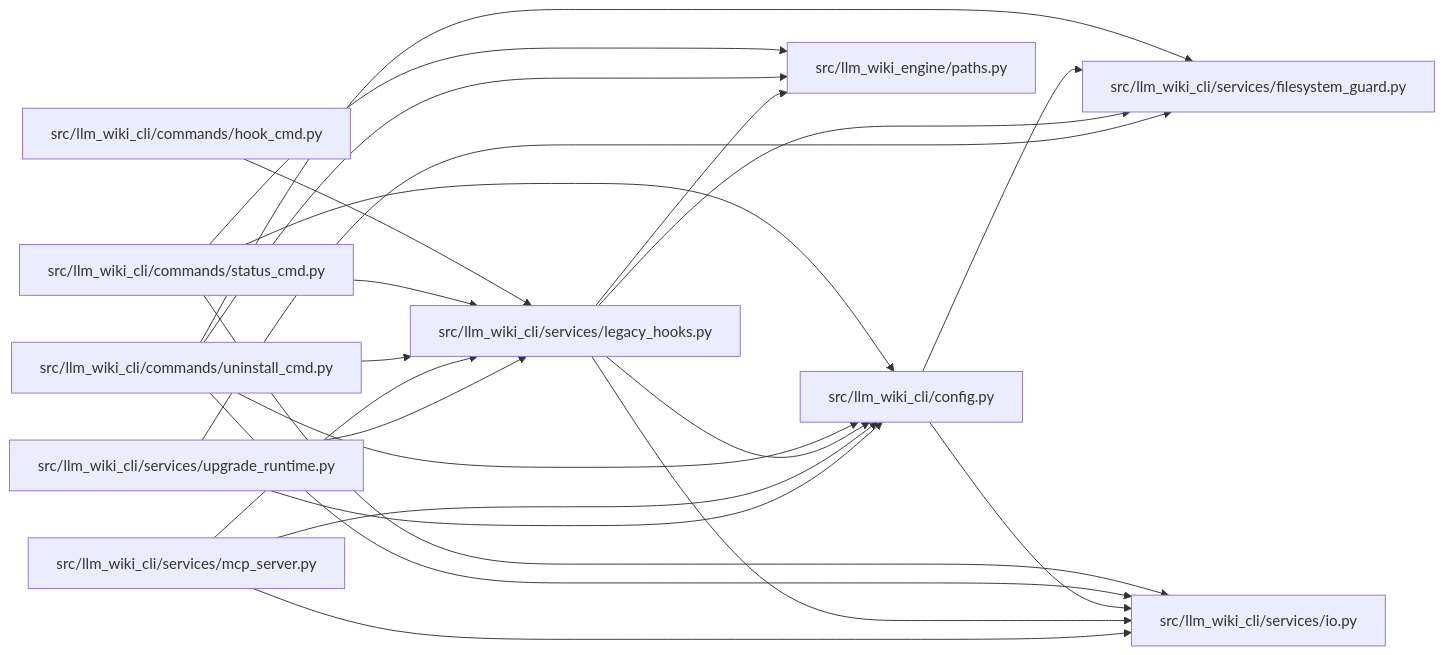
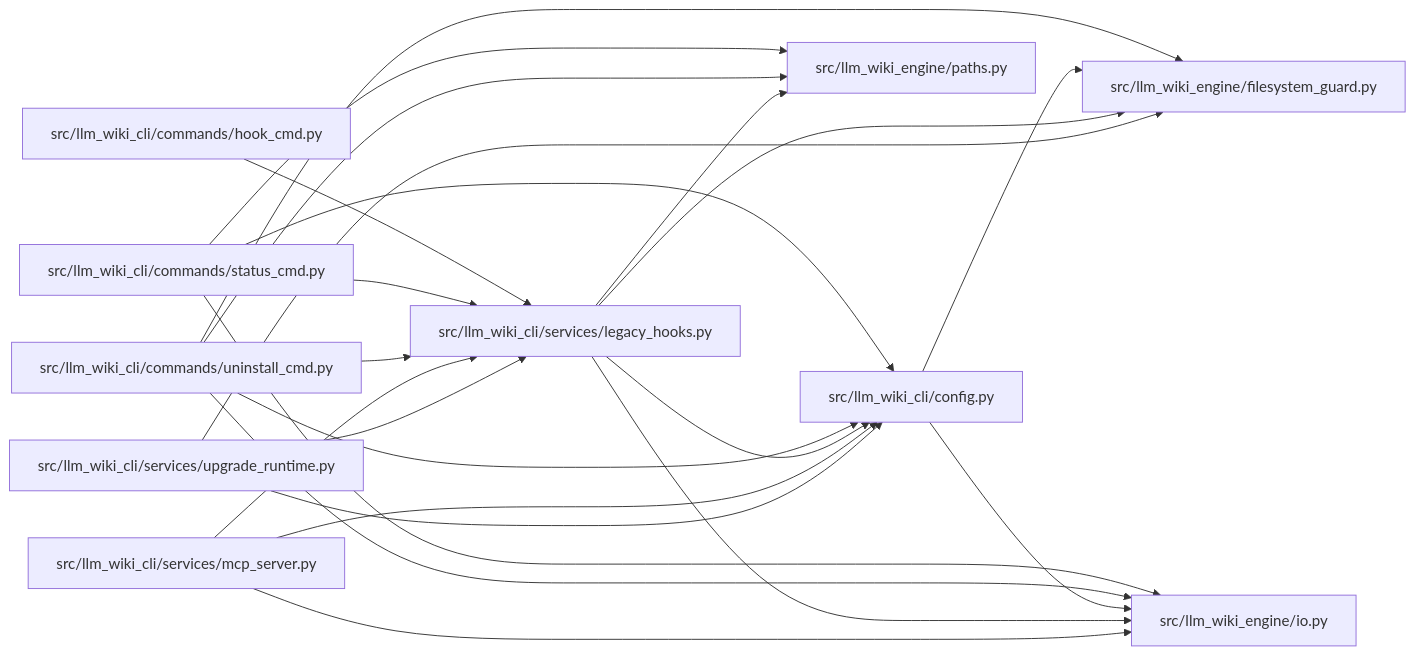
One commit to Denissvgn/python-wiki-llm changed the diagram in docs/llm_wiki/modules/legacy_hooks.md. Above: the diagram before and after it, drawn with Mermaid. The commit also changed other lines of this file and 739 other files, not shown here.

First line of the commit message:
docs: refresh the wiki for the second engine batch

````diff
--- a/docs/llm_wiki/modules/legacy_hooks.md
+++ b/docs/llm_wiki/modules/legacy_hooks.md
@@ -31,45 +31,45 @@
 ```mermaid
 flowchart LR
     n0["src/llm_wiki_cli/commands/hook_cmd.py"]
     n1["src/llm_wiki_cli/commands/status_cmd.py"]
     n2["src/llm_wiki_cli/commands/uninstall_cmd.py"]
     n3["src/llm_wiki_cli/config.py"]
-    n4["src/llm_wiki_cli/services/filesystem_guard.py"]
-    n5["src/llm_wiki_cli/services/io.py"]
-    n6["src/llm_wiki_cli/services/legacy_hooks.py"]
-    n7["src/llm_wiki_cli/services/mcp_server.py"]
-    n8["src/llm_wiki_cli/services/upgrade_runtime.py"]
+    n4["src/llm_wiki_cli/services/legacy_hooks.py"]
+    n5["src/llm_wiki_cli/services/mcp_server.py"]
+    n6["src/llm_wiki_cli/services/upgrade_runtime.py"]
+    n7["src/llm_wiki_engine/filesystem_guard.py"]
+    n8["src/llm_wiki_engine/io.py"]
     n9["src/llm_wiki_engine/paths.py"]
-    n0 --> n6
+    n0 --> n4
     n1 --> n3
-    n1 --> n5
-    n1 --> n6
+    n1 --> n4
+    n1 --> n8
     n1 --> n9
     n2 --> n3
     n2 --> n4
-    n2 --> n5
-    n2 --> n6
+    n2 --> n7
+    n2 --> n8
     n2 --> n9
-    n3 --> n4
-    n3 --> n5
+    n3 --> n7
+    n3 --> n8
+    n4 --> n3
+    n4 --> n7
+    n4 --> n8
+    n4 --> n9
+    n5 --> n3
+    n5 --> n4
+    n5 --> n8
     n6 --> n3
     n6 --> n4
-    n6 --> n5
-    n6 --> n9
-    n7 --> n3
-    n7 --> n5
-    n7 --> n6
-    n8 --> n3
-    n8 --> n4
-    n8 --> n6
+    n6 --> n7
     click n0 "../modules/hook_cmd.md"
     click n1 "../modules/status_cmd.md"
     click n2 "../modules/uninstall_cmd.md"
     click n3 "../modules/config.md"
-    click n4 "../modules/filesystem_guard.md"
-    click n5 "../modules/io.md"
-    click n6 "../modules/legacy_hooks.md"
-    click n7 "../modules/mcp_server.md"
-    click n8 "../modules/upgrade_runtime.md"
+    click n4 "../modules/legacy_hooks.md"
+    click n5 "../modules/mcp_server.md"
+    click n6 "../modules/upgrade_runtime.md"
+    click n7 "../modules/filesystem_guard.md"
+    click n8 "../modules/io.md"
     click n9 "../modules/paths.md"
 ```
````
